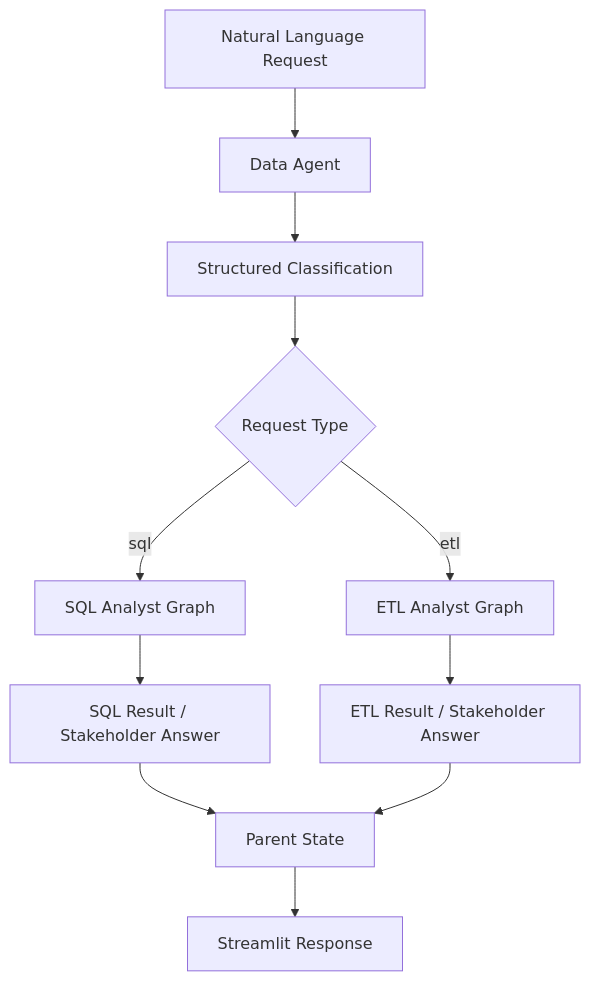
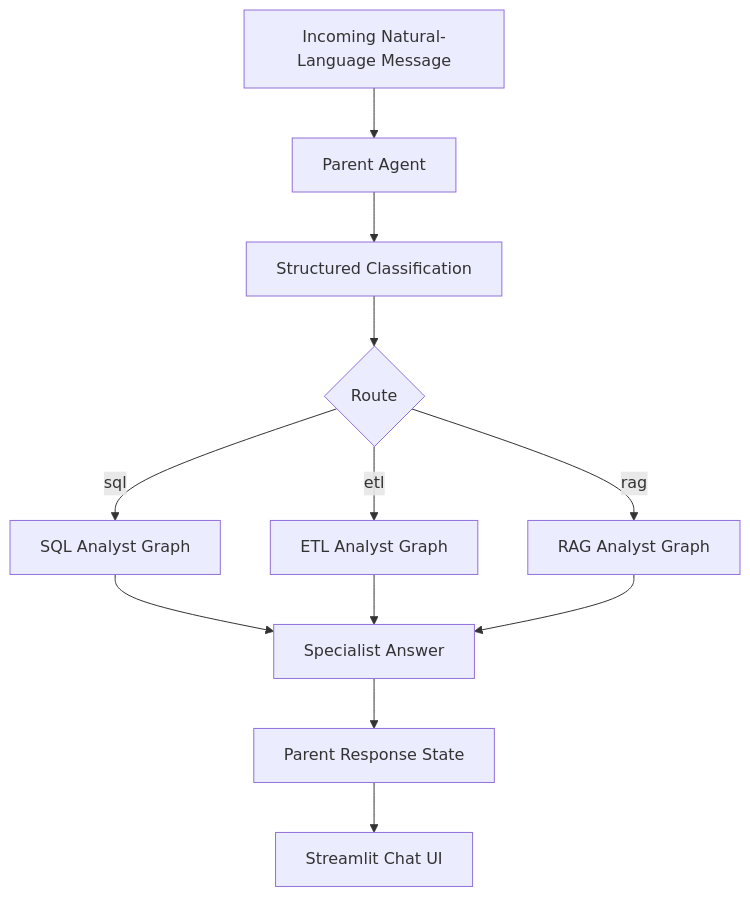
One commit to swapniltake1/agentic-data-intelligence-platform changed the second of 4 diagrams in README.md. Above: the diagram before and after it, drawn with Mermaid. The commit also changed other lines of this file, not shown here.

Commit message:
docs: professionalize README and document RAG architecture

````diff
--- a/README.md
+++ b/README.md
@@ -65,13 +86,14 @@
 ```mermaid
 flowchart TD
-    A["Natural Language Request"] --> B["Data Agent"]
-    B --> C["Structured Classification"]
-    C --> D{"Request Type"}
-    D -->|sql| E["SQL Analyst Graph"]
-    D -->|etl| F["ETL Analyst Graph"]
-    E --> G["SQL Result / Stakeholder Answer"]
-    F --> H["ETL Result / Stakeholder Answer"]
-    G --> I["Parent State"]
-    H --> I
-    I --> J["Streamlit Response"]
+    A[Incoming Natural-Language Message] --> B[Parent Agent]
+    B --> C[Structured Classification]
+    C --> D{Route}
+    D -->|sql| E[SQL Analyst Graph]
+    D -->|etl| F[ETL Analyst Graph]
+    D -->|rag| G[RAG Analyst Graph]
+    E --> H[Specialist Answer]
+    F --> H
+    G --> H
+    H --> I[Parent Response State]
+    I --> J[Streamlit Chat UI]
 ```
````
